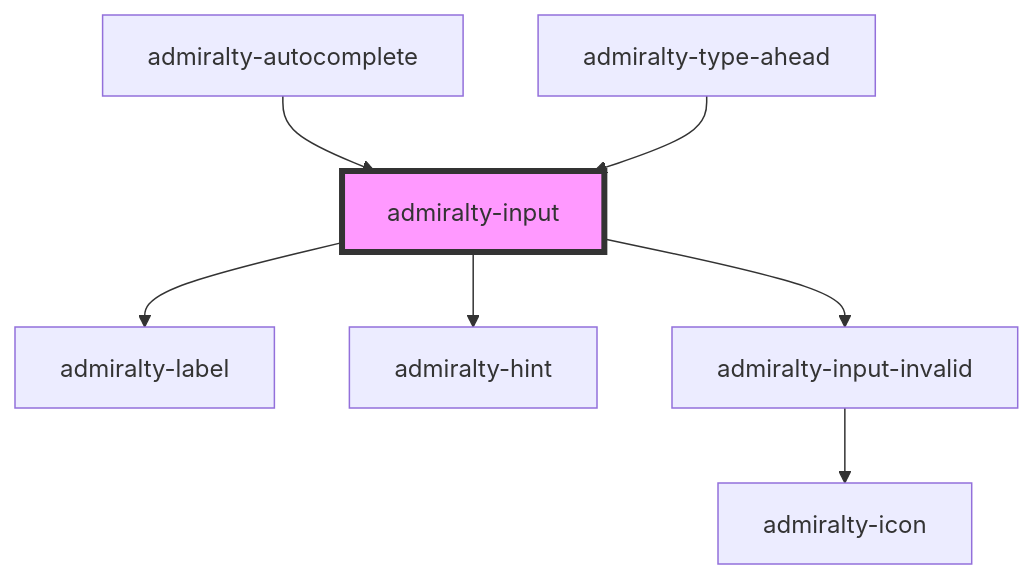
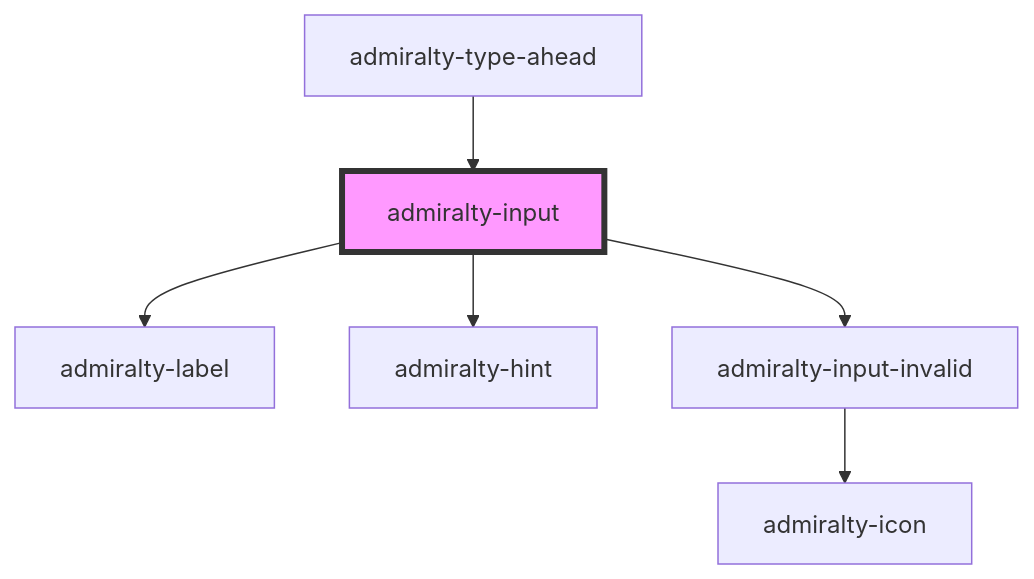
The diagram in packages/core/src/components/input/readme.md (UKHO/admiralty-design-system), drawn with Mermaid before and after one commit. The commit also changed other lines of this file and 12 other files, not shown here.

````diff
--- a/packages/core/src/components/input/readme.md
+++ b/packages/core/src/components/input/readme.md
@@ -55,10 +54,9 @@
 ```mermaid
 graph TD;
   admiralty-input --> admiralty-label
   admiralty-input --> admiralty-hint
   admiralty-input --> admiralty-input-invalid
   admiralty-input-invalid --> admiralty-icon
-  admiralty-autocomplete --> admiralty-input
   admiralty-type-ahead --> admiralty-input
   style admiralty-input fill:#f9f,stroke:#333,stroke-width:4px
 ```
````
